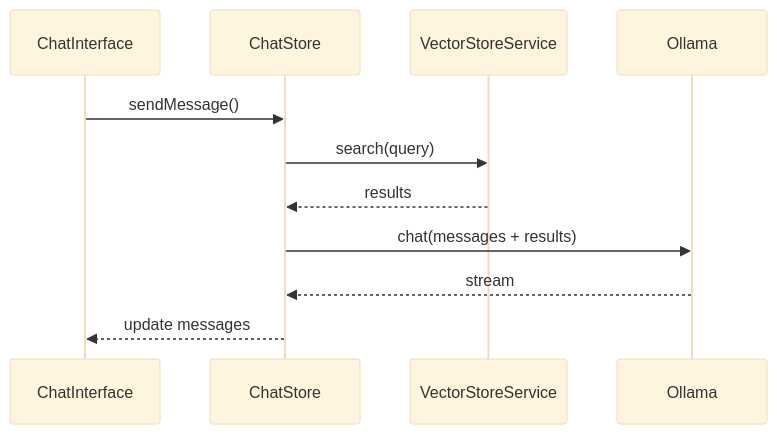
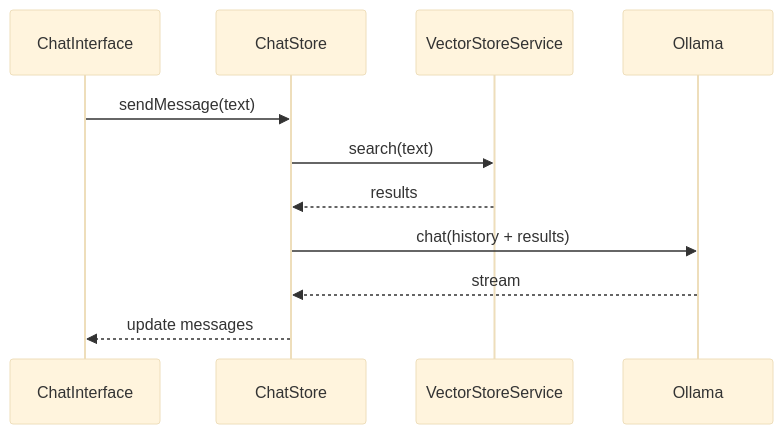
One commit to Cstannahill/ollama-web changed the first of 3 diagrams in lang-implementation.md. Above: the diagram before and after it, drawn with Mermaid (base theme). The commit also changed other lines of this file, not shown here.

````diff
--- a/lang-implementation.md
+++ b/lang-implementation.md
@@ -19,13 +20,13 @@
 ```mermaid
 sequenceDiagram
     participant UI as ChatInterface
     participant Store as ChatStore
     participant Vector as VectorStoreService
     participant Ollama
-    UI->>Store: sendMessage()
-    Store->>Vector: search(query)
+    UI->>Store: sendMessage(text)
+    Store->>Vector: search(text)
     Vector-->>Store: results
-    Store->>Ollama: chat(messages + results)
+    Store->>Ollama: chat(history + results)
     Ollama-->>Store: stream
     Store-->>UI: update messages
 ```
````
